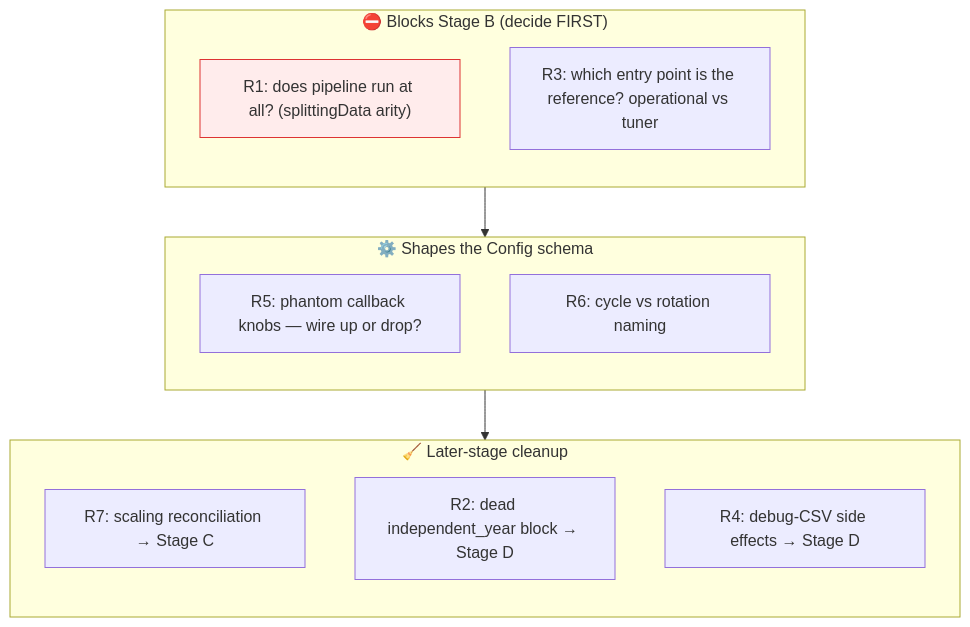
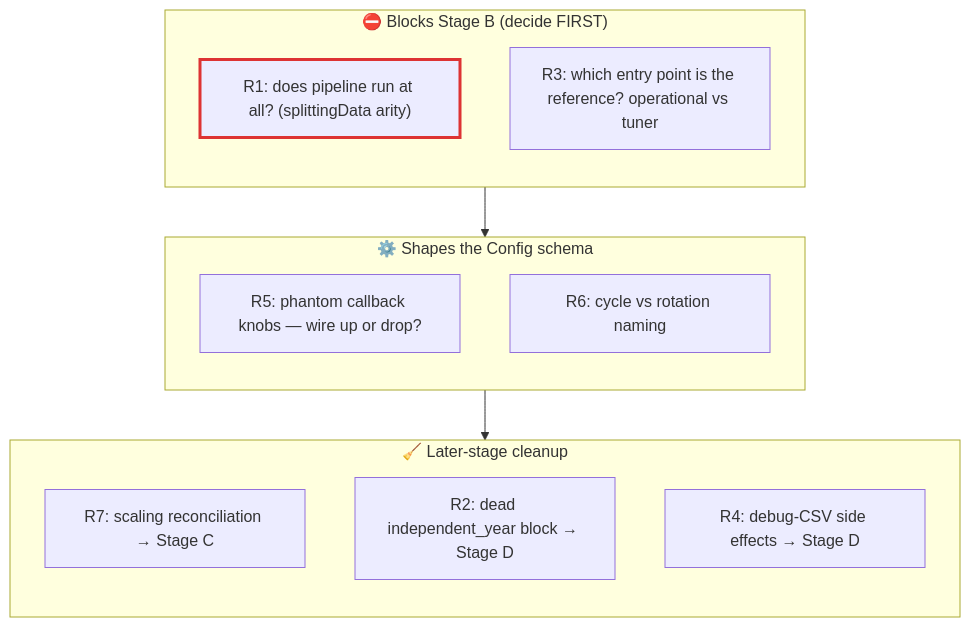
Before and after one commit to conrad-blucher-institute/UQ4ML_WaterTemp: the sixth of 6 diagrams in docs/ESB_STAGE_A_REPORT.md, drawn with Mermaid. The commit also changed other lines of this file and 2 other files, not shown here.

First line of the commit message:
docs: dark-mode-readable mermaid diagrams (borders not fills)

````diff
--- a/docs/ESB_STAGE_A_REPORT.md
+++ b/docs/ESB_STAGE_A_REPORT.md
@@ -133,22 +139,22 @@
 ```mermaid
 flowchart TB
   subgraph G1["⛔ Blocks Stage B (decide FIRST)"]
     direction TB
     R1["R1: does pipeline run at all? (splittingData arity)"]
     R3["R3: which entry point is the reference? operational vs tuner"]
   end
   subgraph G2["⚙️ Shapes the Config schema"]
     direction TB
     R5["R5: phantom callback knobs — wire up or drop?"]
     R6["R6: cycle vs rotation naming"]
   end
   subgraph G3["🧹 Later-stage cleanup"]
     direction TB
     R7["R7: scaling reconciliation → Stage C"]
     R2["R2: dead independent_year block → Stage D"]
     R4["R4: debug-CSV side effects → Stage D"]
   end
   G1 --> G2 --> G3
-  classDef hot fill:#ffecec,stroke:#d33;
+  classDef hot stroke:#d33,stroke-width:3px;
   class R1 hot
 ```
````
